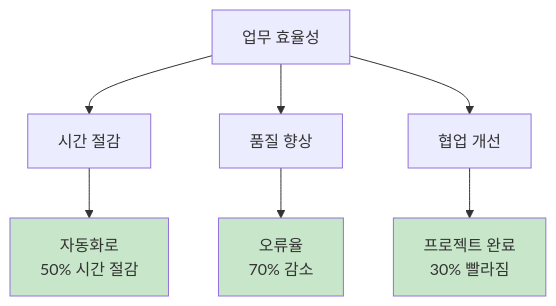
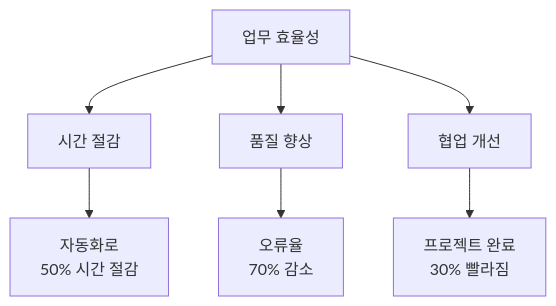
Before and after one commit to nugurejeil/weniVooks: the sixth of 23 diagrams in _md/genai-notion/chapter06/06-3.md, drawn with Mermaid. The commit also changed other lines of this file and 187 other files, not shown here.

````diff
--- a/_md/genai-notion/chapter06/06-3.md
+++ b/_md/genai-notion/chapter06/06-3.md
@@ -188,14 +179,10 @@
 ```mermaid
 graph TD
     A[업무 효율성] --> B[시간 절감]
     A --> C[품질 향상]
     A --> D[협업 개선]
 
     B --> B1[자동화로<br/>50% 시간 절감]
     C --> C1[오류율<br/>70% 감소]
     D --> D1[프로젝트 완료<br/>30% 빨라짐]
-
-    style B1 fill:#C8E6C9
-    style C1 fill:#C8E6C9
-    style D1 fill:#C8E6C9
 ```
````
